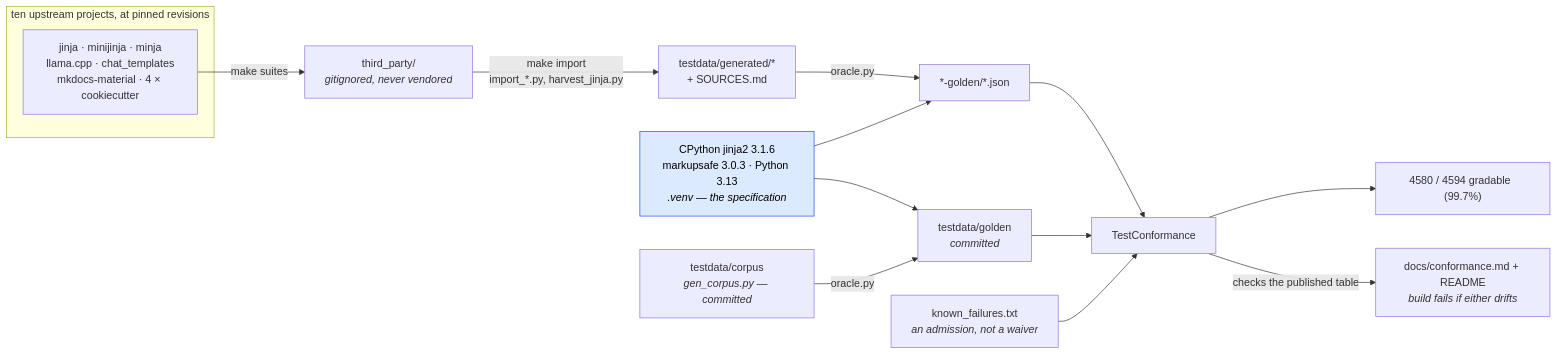
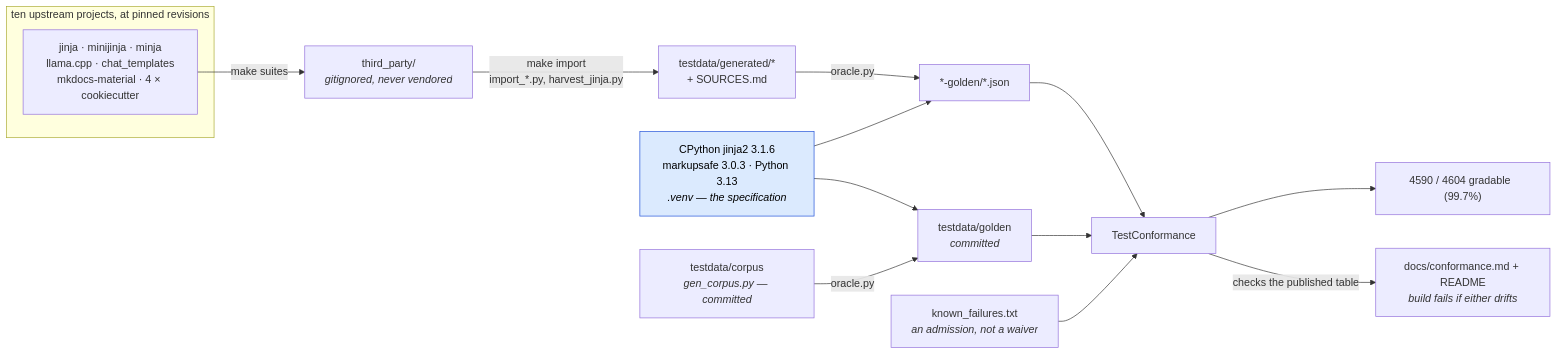
One commit to mgilbir/gojja2 changed the first of 2 diagrams in docs/conformance.md. Above: the diagram before and after it, drawn with Mermaid. The commit also changed other lines of this file and 35 other files, not shown here.

````diff
--- a/docs/conformance.md
+++ b/docs/conformance.md
@@ -17,24 +17,24 @@
 ```mermaid
 flowchart LR
     subgraph up["ten upstream projects, at pinned revisions"]
         U1["jinja · minijinja · minja<br/>llama.cpp · chat_templates<br/>mkdocs-material · 4 × cookiecutter"]
     end
     U1 -->|"make suites"| TP["third_party/<br/><i>gitignored, never vendored</i>"]
     TP -->|"make import<br/>import_*.py, harvest_jinja.py"| GEN["testdata/generated/*<br/>+ SOURCES.md"]
 
     ORA["CPython jinja2 3.1.6<br/>markupsafe 3.0.3 · Python 3.13<br/><i>.venv — the specification</i>"]
     GEN -->|"oracle.py"| G2["*-golden/*.json"]
     ORA --> G2
 
     OWN["testdata/corpus<br/><i>gen_corpus.py — committed</i>"] -->|"oracle.py"| G1["testdata/golden<br/><i>committed</i>"]
     ORA --> G1
 
     G1 --> TC["TestConformance"]
     G2 --> TC
     KF["known_failures.txt<br/><i>an admission, not a waiver</i>"] --> TC
-    TC --> RATE["4580 / 4594 gradable  (99.7%)"]
+    TC --> RATE["4590 / 4604 gradable  (99.7%)"]
     TC -->|"checks the published table"| RM["docs/conformance.md + README<br/><i>build fails if either drifts</i>"]
 
     classDef spec fill:#dbeafe,stroke:#1d4ed8,color:#000
     class ORA spec
 ```
````
